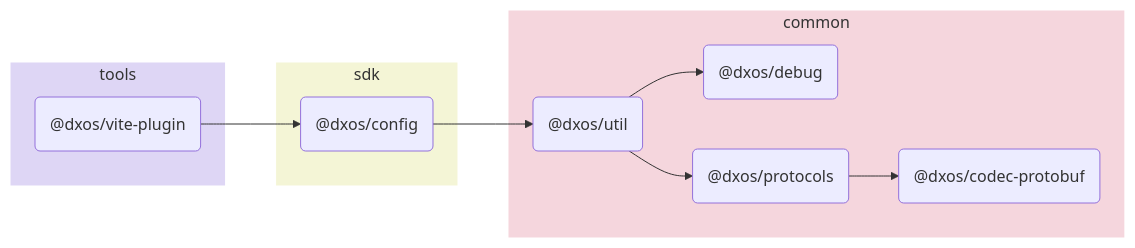
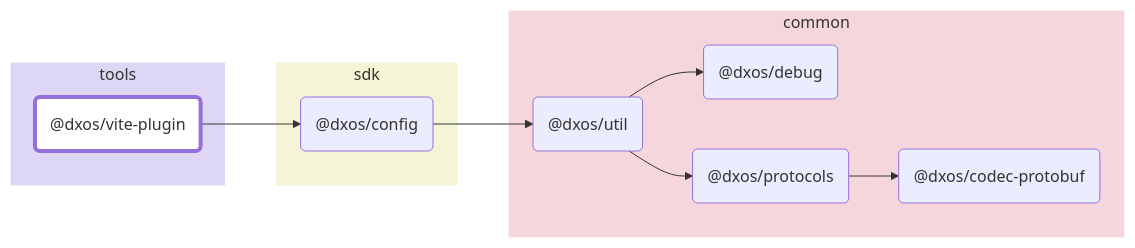
The diagram in tools/vite-plugin/docs/README.md (dxos/dxos), drawn with Mermaid before and after one commit. The commit also changed other lines of this file and 88 other files, not shown here.

````diff
--- a/tools/vite-plugin/docs/README.md
+++ b/tools/vite-plugin/docs/README.md
@@ -5,27 +7,35 @@
 ```mermaid
 flowchart LR;
+
+style dxos/vite-plugin fill:#fff,stroke-width:4px;
+
+click dxos/config "https:/github.com/dxos/dxos/tree/main/packages/sdk/config/docs";
+click dxos/codec-protobuf "https:/github.com/dxos/dxos/tree/main/packages/common/codec-protobuf/docs";
+click dxos/debug "https:/github.com/dxos/dxos/tree/main/packages/common/debug/docs";
+click dxos/protocols "https:/github.com/dxos/dxos/tree/main/packages/common/protocols/docs";
+click dxos/util "https:/github.com/dxos/dxos/tree/main/packages/common/util/docs";
 
 subgraph tools
   style tools fill:#ded6f5,stroke:#fff;
   dxos/vite-plugin("@dxos/vite-plugin");
 end
 
 subgraph sdk
   style sdk fill:#f4f5d6,stroke:#fff;
   dxos/config("@dxos/config");
 end
 
 subgraph common
   style common fill:#f5d6dd,stroke:#fff;
   dxos/codec-protobuf("@dxos/codec-protobuf");
   dxos/debug("@dxos/debug");
   dxos/protocols("@dxos/protocols");
   dxos/util("@dxos/util");
 end
 
 dxos/vite-plugin --> dxos/config;
 dxos/protocols --> dxos/codec-protobuf;
 dxos/config --> dxos/util;
 dxos/util --> dxos/debug;
 dxos/util --> dxos/protocols;
 ```
````
